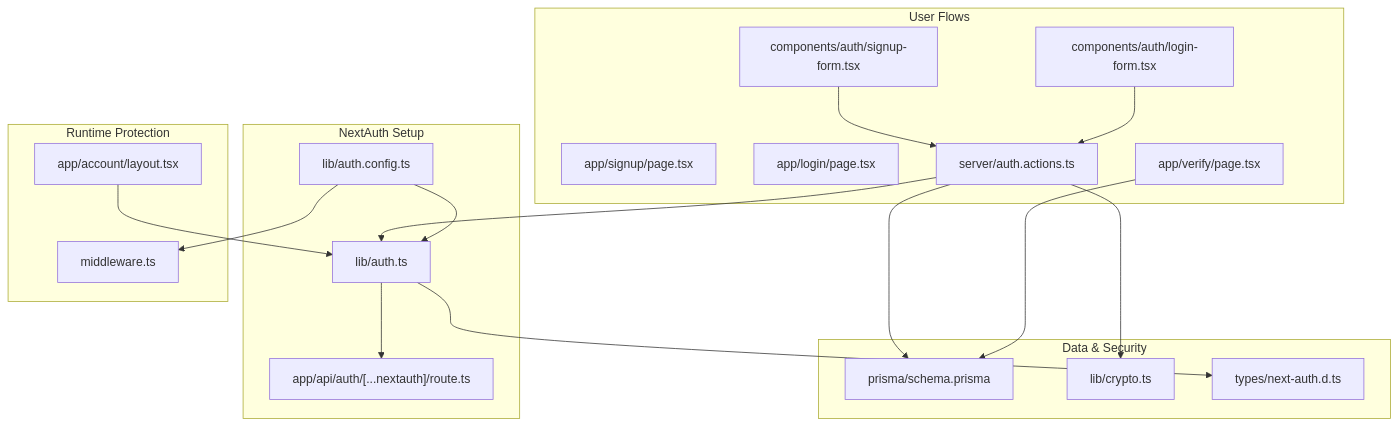
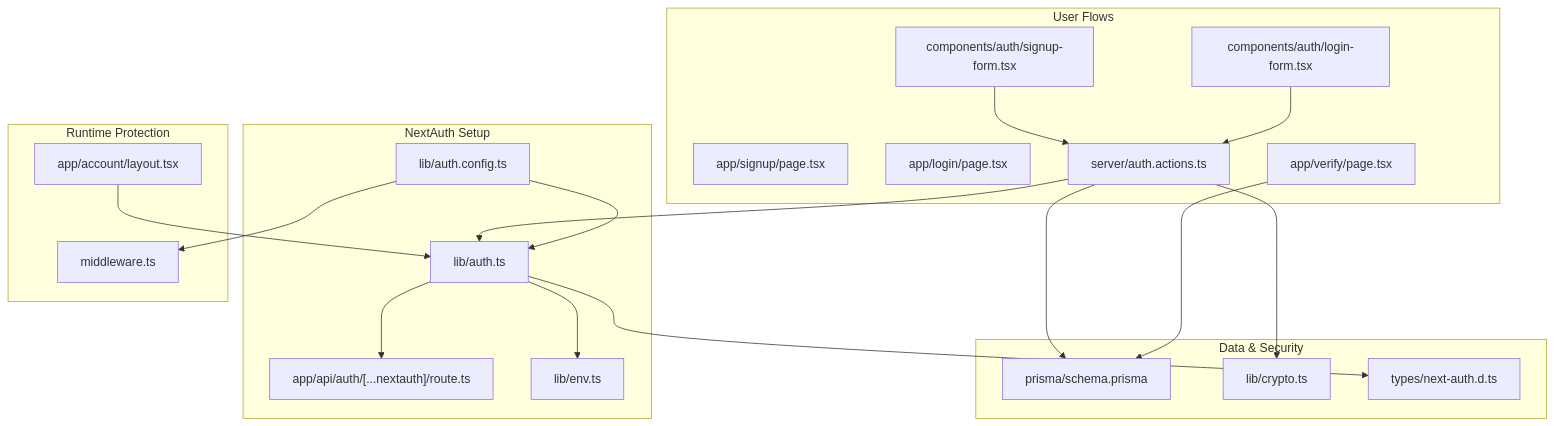
The first of 10 diagrams in .qoder/repowiki/en/content/Authentication System/Authentication System.md (gyamposudodzi/Timberland), drawn with Mermaid before and after one commit. The commit also changed other lines of this file and 87 other files, not shown here.

````diff
--- a/.qoder/repowiki/en/content/Authentication System/Authentication System.md
+++ b/.qoder/repowiki/en/content/Authentication System/Authentication System.md
@@ -46,36 +56,38 @@
 ```mermaid
 graph TB
 subgraph "NextAuth Setup"
 AC["lib/auth.config.ts"]
 A["lib/auth.ts"]
 R["app/api/auth/[...nextauth]/route.ts"]
+E["lib/env.ts"]
 end
 subgraph "Runtime Protection"
 M["middleware.ts"]
 AL["app/account/layout.tsx"]
 end
 subgraph "User Flows"
 SF["components/auth/signup-form.tsx"]
 LF["components/auth/login-form.tsx"]
 SP["app/signup/page.tsx"]
 LP["app/login/page.tsx"]
 VP["app/verify/page.tsx"]
 SA["server/auth.actions.ts"]
 end
 subgraph "Data & Security"
 PR["prisma/schema.prisma"]
 CR["lib/crypto.ts"]
 TA["types/next-auth.d.ts"]
 end
 SF --> SA
 LF --> SA
 SA --> A
 A --> R
 AC --> M
 AC --> A
 A --> TA
+A --> E
 SA --> PR
 SA --> CR
 VP --> PR
 AL --> A
 ```
````
